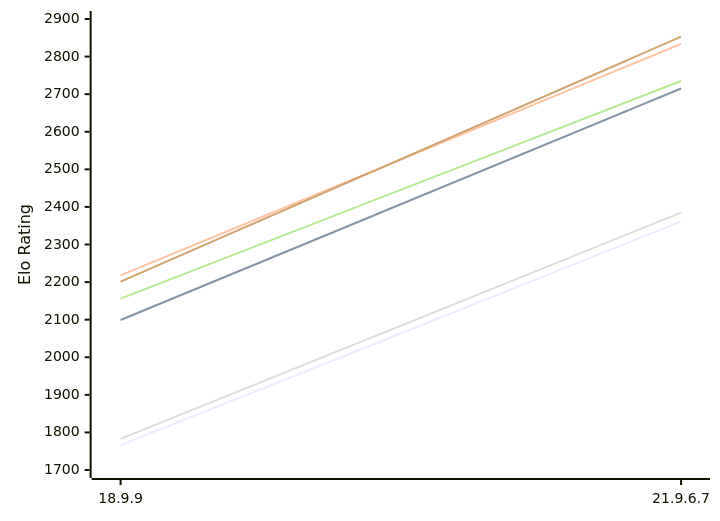
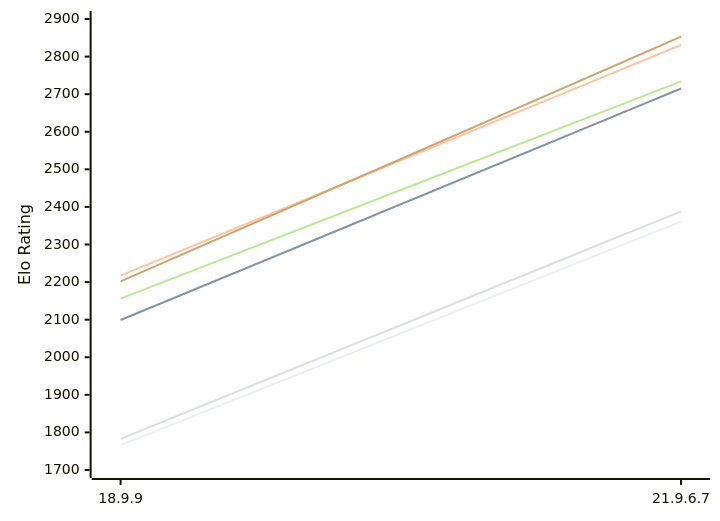
One commit to computer-chess-index/cci changed the diagram in engines/RuthIron.md. Above: the diagram before and after it, drawn with Mermaid. The commit also changed other lines of this file, not shown here.

Commit message:
Update CCI Ratings (ELO VLTC) - 2026-11-27

````diff
--- a/engines/RuthIron.md
+++ b/engines/RuthIron.md
@@ -49,12 +49,12 @@
 ```mermaid
 %%{init: {"theme":"base","themeVariables":{"seriesColors:['#a3a3a3','#222221','#faa371']}}}%%
 xychart-beta
   x-axis ["18.9.9", "21.9.6.7"]
   y-axis "Elo Rating" 1700 --> 2900
   line "E1: STC (8.0+0.08s)" [1766, 2361]
   line "E1: LTC (60.0+0.60s)" [2099, 2715]
-  line "E1: VLTC (2m24s+1.12s)" [2218, 2834]
-  line "P1: STC (8.0+0.08s)" [1783, 2385]
-  line "P1: LTC (60.0+0.60s)" [2156, 2735]
-  line "P1: VLTC (2m24s+1.12s)" [2201, 2853]
+  line "E1: VLTC (2m24s+1.12s)" [2217, 2831]
+  line "P1: STC (8.0+0.08s)" [1783, 2388]
+  line "P1: LTC (60.0+0.60s)" [2156, 2734]
+  line "P1: VLTC (2m24s+1.12s)" [2202, 2853]
 ```
````
